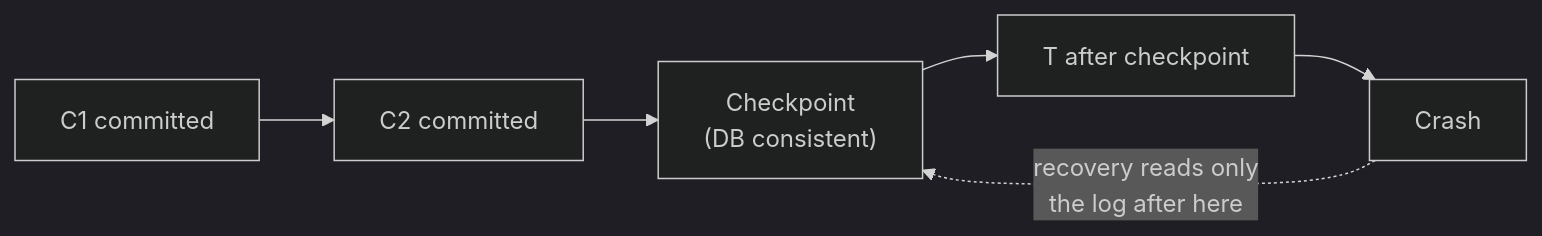
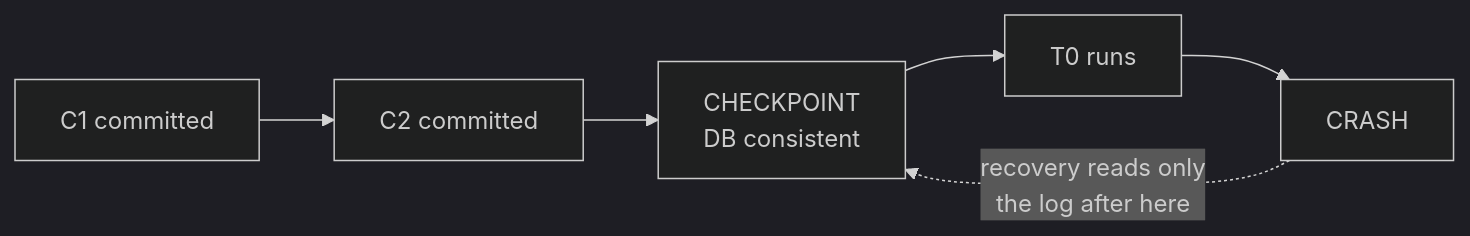
One commit to aaryan-pradhan/core-cs-fundamentals changed the eighth of 9 diagrams in dbms/13-atomicity-durability.md. Above: the diagram before and after it, drawn with Mermaid (dark theme). The commit also changed other lines of this file, not shown here.

````diff
--- a/dbms/13-atomicity-durability.md
+++ b/dbms/13-atomicity-durability.md
@@ -153,5 +133,5 @@
 ```mermaid
 flowchart LR
-  C1["C1 committed"] --> C2["C2 committed"] --> CP["Checkpoint<br/>(DB consistent)"] --> T["T after checkpoint"] --> X["Crash"]
+  C1["C1 committed"] --> C2["C2 committed"] --> CP["CHECKPOINT<br/>DB consistent"] --> T["T0 runs"] --> X["CRASH"]
   X -. "recovery reads only<br/>the log after here" .-> CP
 ```
````
